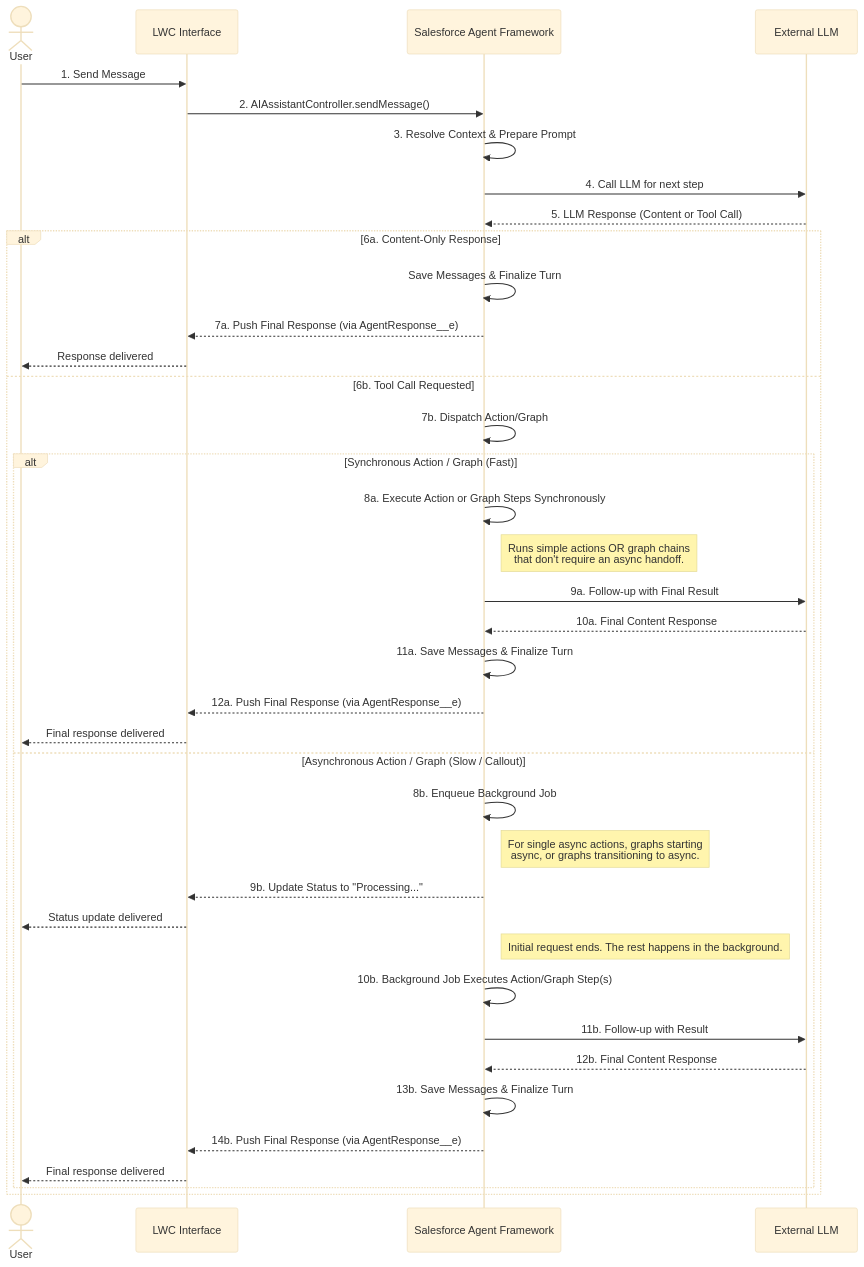
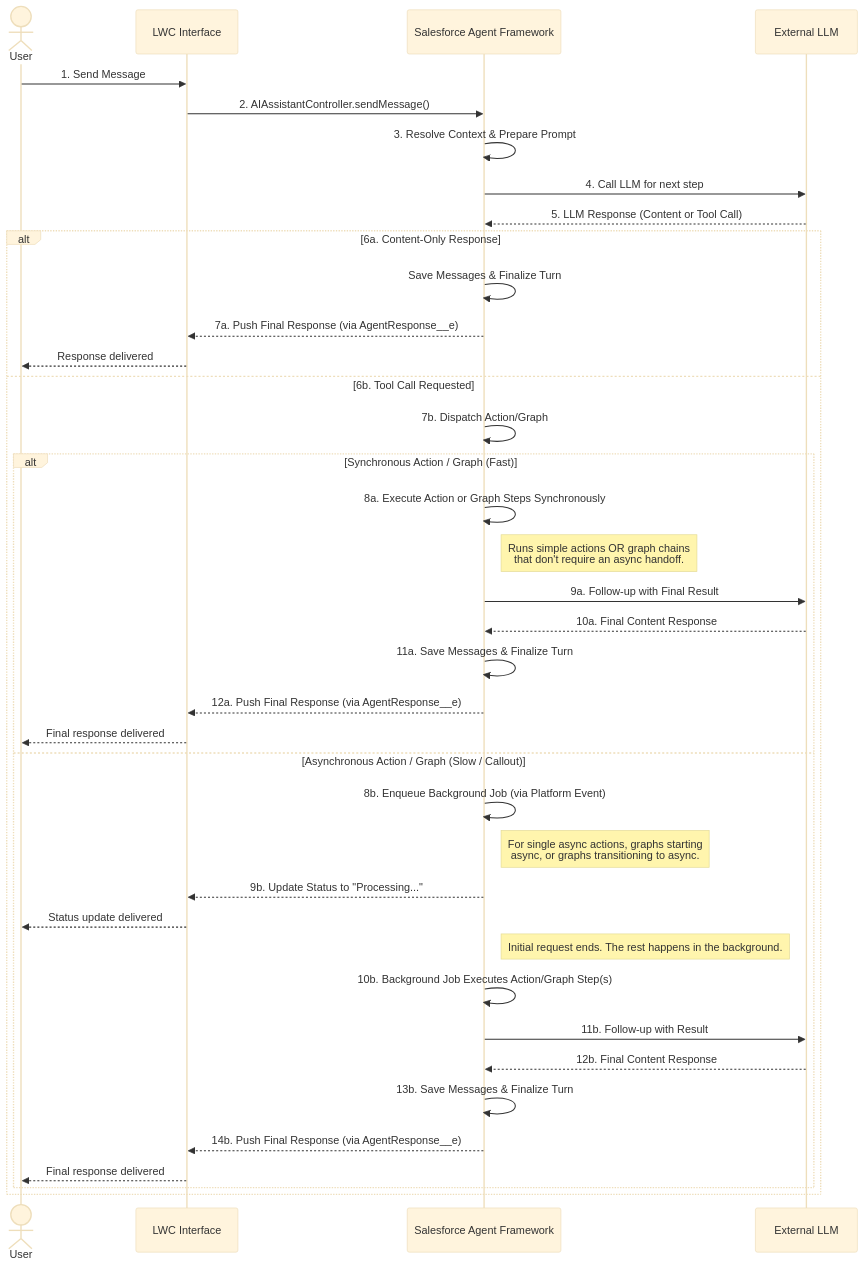
The diagram in README.md (iamsonal/aiAgentStudio), drawn with Mermaid (base theme) before and after one commit. The commit also changed other lines of this file, not shown here.

````diff
--- a/README.md
+++ b/README.md
@@ -120,45 +120,45 @@
 ```mermaid
 sequenceDiagram
     actor U as User
     participant UI as LWC Interface
     participant SF as Salesforce Agent Framework
     participant LLM as External LLM
     
     U->>UI: 1. Send Message
     UI->>SF: 2. AIAssistantController.sendMessage()
     SF->>SF: 3. Resolve Context & Prepare Prompt
     SF->>LLM: 4. Call LLM for next step
     LLM-->>SF: 5. LLM Response (Content or Tool Call)
     
     alt 6a. Content-Only Response
         SF->>SF: Save Messages & Finalize Turn
         SF-->>UI: 7a. Push Final Response (via AgentResponse__e)
         UI-->>U: Response delivered
     else 6b. Tool Call Requested
         SF->>SF: 7b. Dispatch Action/Graph
         
         alt Synchronous Action / Graph (Fast)
             SF->>SF: 8a. Execute Action or Graph Steps Synchronously
             note right of SF: Runs simple actions OR graph chains<br/>that don't require an async handoff.
             SF->>LLM: 9a. Follow-up with Final Result
             LLM-->>SF: 10a. Final Content Response
             SF->>SF: 11a. Save Messages & Finalize Turn
             SF-->>UI: 12a. Push Final Response (via AgentResponse__e)
             UI-->>U: Final response delivered
         else Asynchronous Action / Graph (Slow / Callout)
-            SF->>SF: 8b. Enqueue Background Job
+            SF->>SF: 8b. Enqueue Background Job (via Platform Event)
             note right of SF: For single async actions, graphs starting<br/>async, or graphs transitioning to async.
             SF-->>UI: 9b. Update Status to "Processing..."
             UI-->>U: Status update delivered
             
             note right of SF: Initial request ends. The rest happens in the background.
             
             SF->>SF: 10b. Background Job Executes Action/Graph Step(s)
             SF->>LLM: 11b. Follow-up with Result
             LLM-->>SF: 12b. Final Content Response
             SF->>SF: 13b. Save Messages & Finalize Turn
             SF-->>UI: 14b. Push Final Response (via AgentResponse__e)
             UI-->>U: Final response delivered
         end
     end
 ```
````
